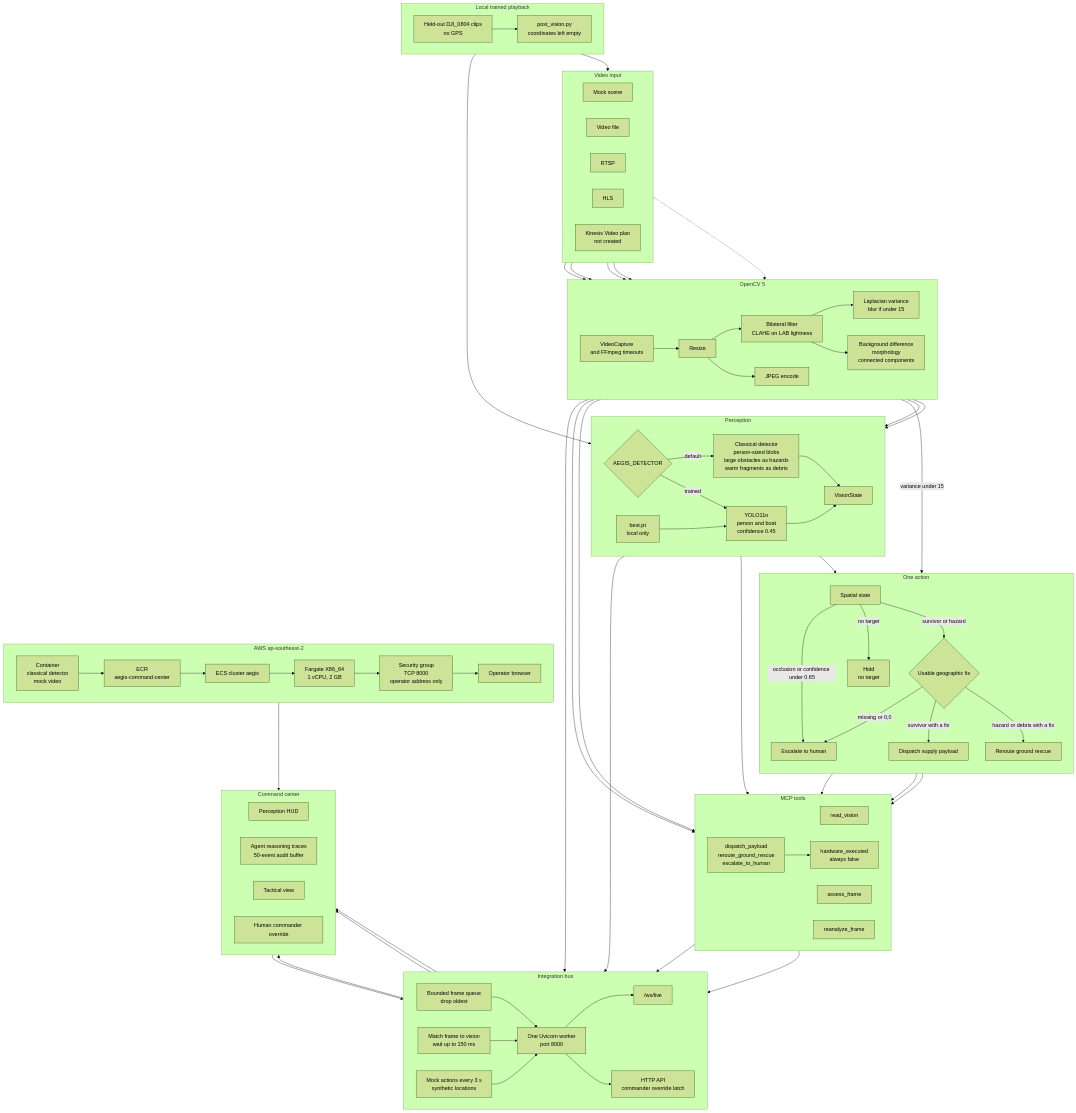
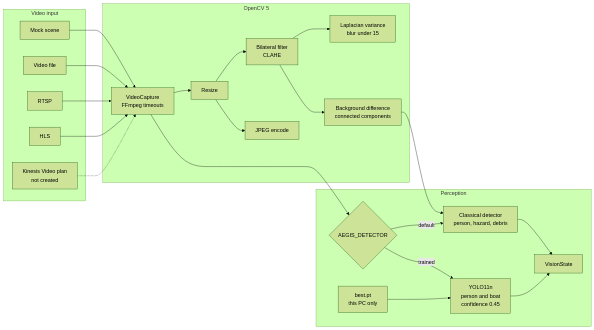
The first of 4 diagrams in docs/architecture.md (mtthwaqn/aegis), drawn with Mermaid (forest theme) before and after one commit. The commit also changed other lines of this file, not shown here.

Commit message:
Split the architecture diagram so each path stays readable.
One chart was scaled down until the labels could not be read on GitHub.

````diff
--- a/docs/architecture.md
+++ b/docs/architecture.md
@@ -3,7 +3,6 @@
 ```mermaid
-flowchart TB
+flowchart LR
   subgraph input [Video input]
-    direction LR
     mock[Mock scene]
     file[Video file]
     rtsp[RTSP]
@@ -12,75 +11,20 @@
   end
 
   subgraph opencv [OpenCV 5]
-    direction LR
-    capture[VideoCapture<br/>and FFmpeg timeouts]
+    capture[VideoCapture<br/>FFmpeg timeouts]
     resize[Resize]
-    prep[Bilateral filter<br/>CLAHE on LAB lightness]
-    blur[Laplacian variance<br/>blur if under 15]
-    segment[Background difference<br/>morphology<br/>connected components]
+    prep[Bilateral filter<br/>CLAHE]
+    blur[Laplacian variance<br/>blur under 15]
+    segment[Background difference<br/>connected components]
     jpeg[JPEG encode]
   end
 
   subgraph perception [Perception]
-    direction LR
     choice{AEGIS_DETECTOR}
-    classical[Classical detector<br/>person-sized blobs<br/>large obstacles as hazards<br/>warm fragments as debris]
+    classical[Classical detector<br/>person, hazard, debris]
     trained[YOLO11n<br/>person and boat<br/>confidence 0.45]
-    weights[best.pt<br/>local only]
+    weights[best.pt<br/>this PC only]
     vision[VisionState]
-  end
-
-  subgraph decision [One action]
-    direction TB
-    spatial[Spatial state]
-    geo{Usable geographic fix}
-    dispatch[Dispatch supply payload]
-    reroute[Reroute ground rescue]
-    escalate[Escalate to human]
-    hold[Hold<br/>no target]
-  end
-
-  subgraph mcp [MCP tools]
-    direction LR
-    read[read_vision]
-    assess[assess_frame]
-    reanalyze[reanalyze_frame]
-    act[dispatch_payload<br/>reroute_ground_rescue<br/>escalate_to_human]
-    hardware[hardware_executed<br/>always false]
-  end
-
-  subgraph runtime [Integration bus]
-    direction LR
-    queue[Bounded frame queue<br/>drop oldest]
-    worker[One Uvicorn worker<br/>port 8000]
-    correlate[Match frame to vision<br/>wait up to 150 ms]
-    live["/ws/live"]
-    http[HTTP API<br/>commander override latch]
-    mockActions[Mock actions every 3 s<br/>synthetic locations]
-  end
-
-  subgraph hud [Command center]
-    direction LR
-    feed[Perception HUD]
-    traces[Agent reasoning traces<br/>50-event audit buffer]
-    tactical[Tactical view]
-    override[Human commander override]
-  end
-
-  subgraph localRun [Local trained playback]
-    direction LR
-    dji[Held-out DJI_0804 clips<br/>no GPS]
-    post[post_vision.py<br/>coordinates left empty]
-  end
-
-  subgraph aws [AWS ap-southeast-2]
-    direction LR
-    image[Container<br/>classical detector<br/>mock video]
-    ecr[ECR<br/>aegis-command-center]
-    cluster[ECS cluster aegis]
-    fargate[Fargate X86_64<br/>1 vCPU, 2 GB]
-    guard[Security group<br/>TCP 8000<br/>operator address only]
-    browser[Operator browser]
   end
 
   mock --> capture
@@ -99,34 +43,4 @@
   weights --> trained
   classical --> vision
   trained --> vision
-  vision --> spatial
-  blur -->|variance under 15| escalate
-  spatial -->|occlusion or confidence under 0.65| escalate
-  spatial -->|survivor or hazard| geo
-  spatial -->|no target| hold
-  geo -->|survivor with a fix| dispatch
-  geo -->|hazard or debris with a fix| reroute
-  geo -->|missing or 0,0| escalate
-  vision --> read
-  blur --> assess
-  jpeg --> reanalyze
-  dispatch --> act
-  reroute --> act
-  escalate --> act
-  act --> hardware
-  jpeg --> queue --> worker
-  vision --> correlate --> worker
-  act --> worker
-  hardware --> worker
-  mockActions --> worker
-  worker --> live
-  worker --> http
-  live --> feed
-  live --> traces
-  live --> tactical
-  override --> http
-  dji --> file
-  dji --> post --> vision
-  image --> ecr --> cluster --> fargate --> guard --> browser
-  browser --> feed
 ```
````
